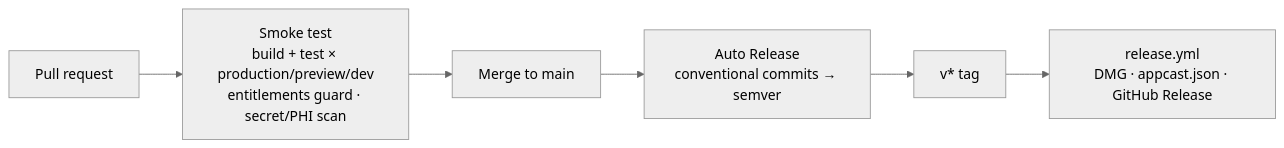
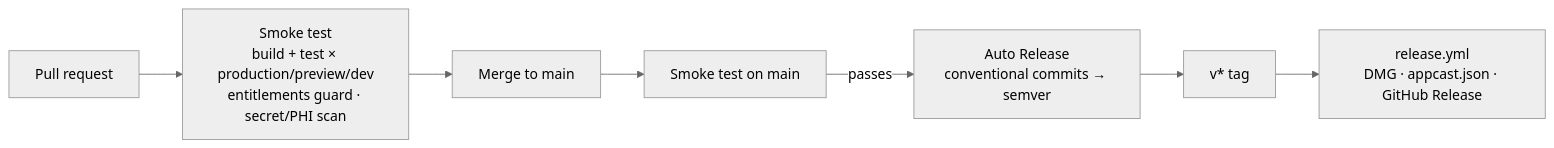
One commit to mgwedd/aletheia changed the fifth of 5 diagrams in README.md. Above: the diagram before and after it, drawn with Mermaid (neutral theme). The commit also changed other lines of this file and 1 other file, not shown here.

Commit message:
ci: release only after Smoke Test passes on main
Auto Release triggered on the same push as Smoke Test, so a version could be
tagged while CI was still running, cancelled, or red. It now runs on a
successful Smoke Test push run (workflow_run) and releases the tested commit,
stepping aside if main has moved on.

````diff
--- a/README.md
+++ b/README.md
@@ -246,7 +246,8 @@
 ```mermaid
 flowchart LR
   PR["Pull request"] --> S["Smoke test<br/>build + test × production/preview/dev<br/>entitlements guard · secret/PHI scan"]
   S --> M["Merge to main"]
-  M --> AR["Auto Release<br/>conventional commits → semver"]
+  M --> S2["Smoke test on main"]
+  S2 -- "passes" --> AR["Auto Release<br/>conventional commits → semver"]
   AR --> TAG["v* tag"] --> REL["release.yml<br/>DMG · appcast.json · GitHub Release"]
 ```
````
